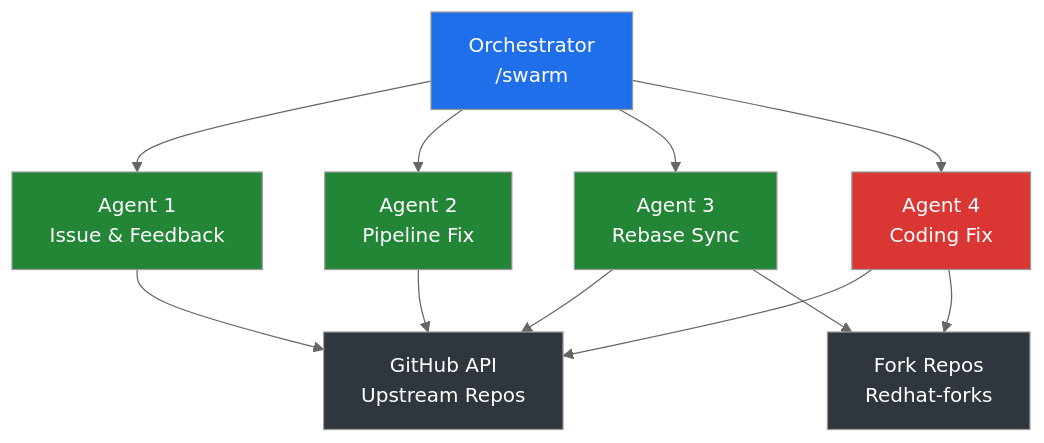
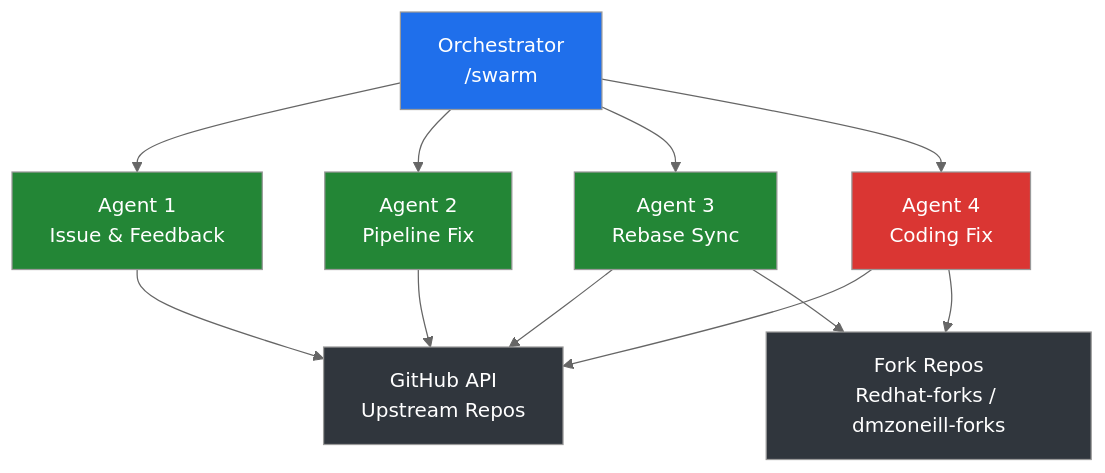
The second of 3 diagrams in README.md (dmzoneill/github-ai-contributor), drawn with Mermaid (neutral theme) before and after one commit. The commit also changed other lines of this file and 3 other files, not shown here.

First line of the commit message:
feat: add separate workflow for dmzoneill-forks

````diff
--- a/README.md
+++ b/README.md
@@ -38,20 +38,20 @@
 ```mermaid
 graph TD
     O[Orchestrator<br/>/swarm] --> A1[Agent 1<br/>Issue & Feedback]
     O --> A2[Agent 2<br/>Pipeline Fix]
     O --> A3[Agent 3<br/>Rebase Sync]
     O --> A4[Agent 4<br/>Coding Fix]
     A1 --> GH[GitHub API<br/>Upstream Repos]
     A2 --> GH
     A3 --> GH
     A4 --> GH
-    A4 --> FK[Fork Repos<br/>Redhat-forks]
+    A4 --> FK[Fork Repos<br/>Redhat-forks / dmzoneill-forks]
     A3 --> FK
     style O fill:#1f6feb,color:#fff
     style A1 fill:#238636,color:#fff
     style A2 fill:#238636,color:#fff
     style A3 fill:#238636,color:#fff
     style A4 fill:#da3633,color:#fff
     style GH fill:#30363d,color:#fff
     style FK fill:#30363d,color:#fff
 ```
````
